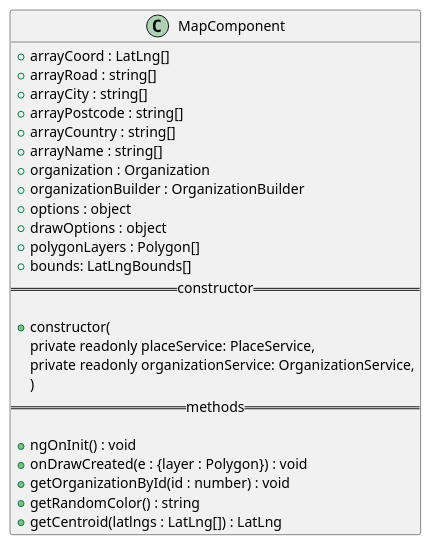
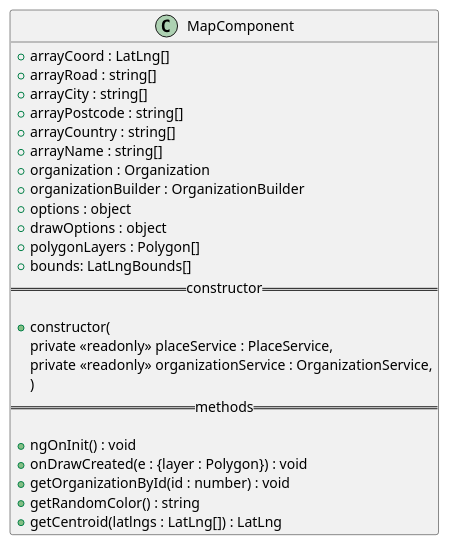
Before and after one commit to GruppOne/stalker-web-app: the diagram in docs/diagrams/view/components/MapComponent.pu, drawn with PlantUML. The commit also changed 12 other files, not shown here.

Commit message:
docs: add newlines to better rendering of diagrams

```diff
--- a/docs/diagrams/view/components/MapComponent.pu
+++ b/docs/diagrams/view/components/MapComponent.pu
@@ -1,29 +1,29 @@
 @startuml MapComponent diagram
 class MapComponent {
   + arrayCoord : LatLng[]
   + arrayRoad : string[]
   + arrayCity : string[]
   + arrayPostcode : string[]
   + arrayCountry : string[]
   + arrayName : string[]
   + organization : Organization
   + organizationBuilder : OrganizationBuilder
   + options : object
   + drawOptions : object
   + polygonLayers : Polygon[]
   + bounds: LatLngBounds[]
   ==constructor==
 
   + constructor(
-    private readonly placeService: PlaceService,
-    private readonly organizationService: OrganizationService,
+    private <<readonly>> placeService : PlaceService,
+    private <<readonly>> organizationService : OrganizationService,
   )
   ==methods==
 
   + ngOnInit() : void
   + onDrawCreated(e : {layer : Polygon}) : void
   + getOrganizationById(id : number) : void
   + getRandomColor() : string
   + getCentroid(latlngs : LatLng[]) : LatLng
 }
 @enduml
```
